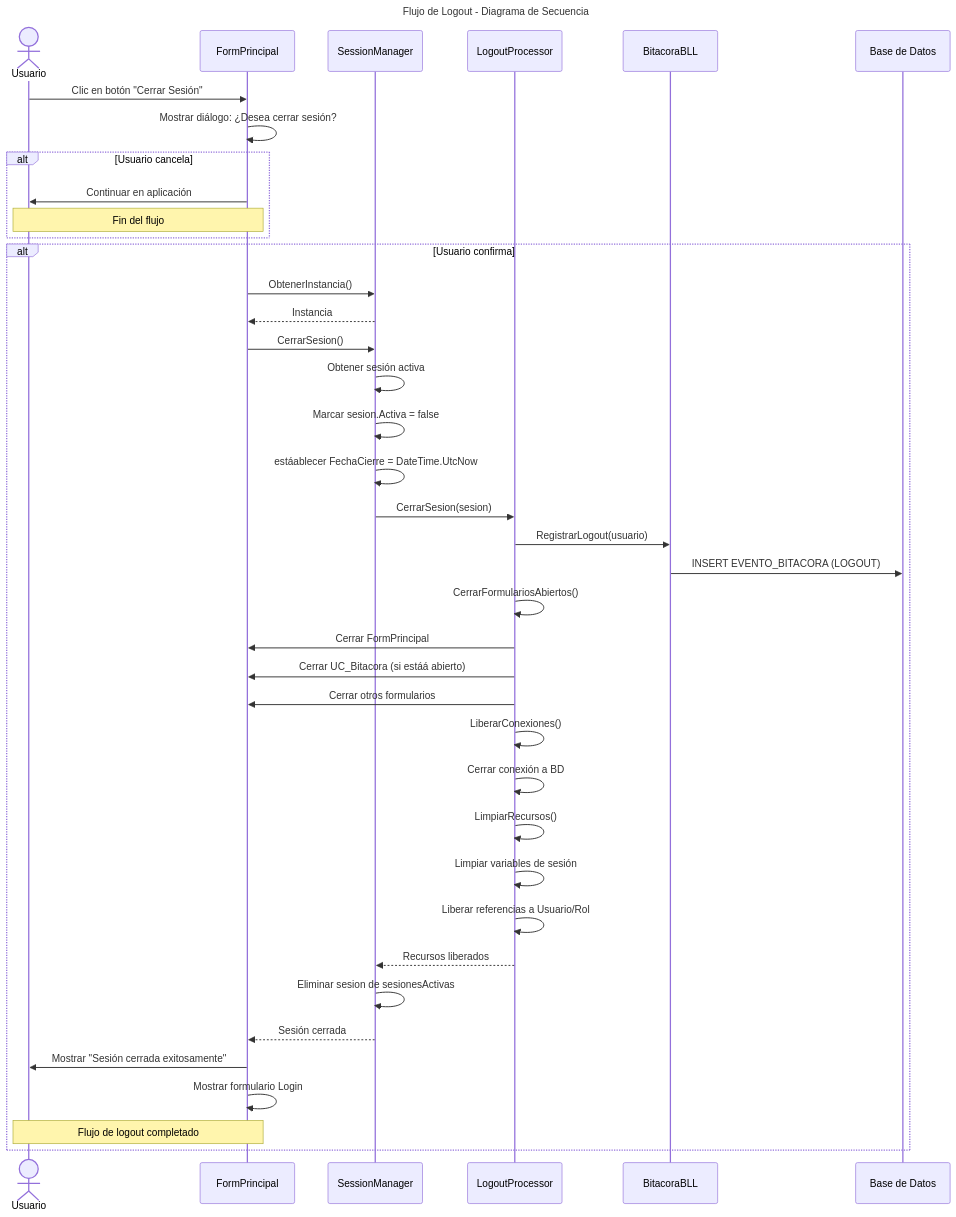
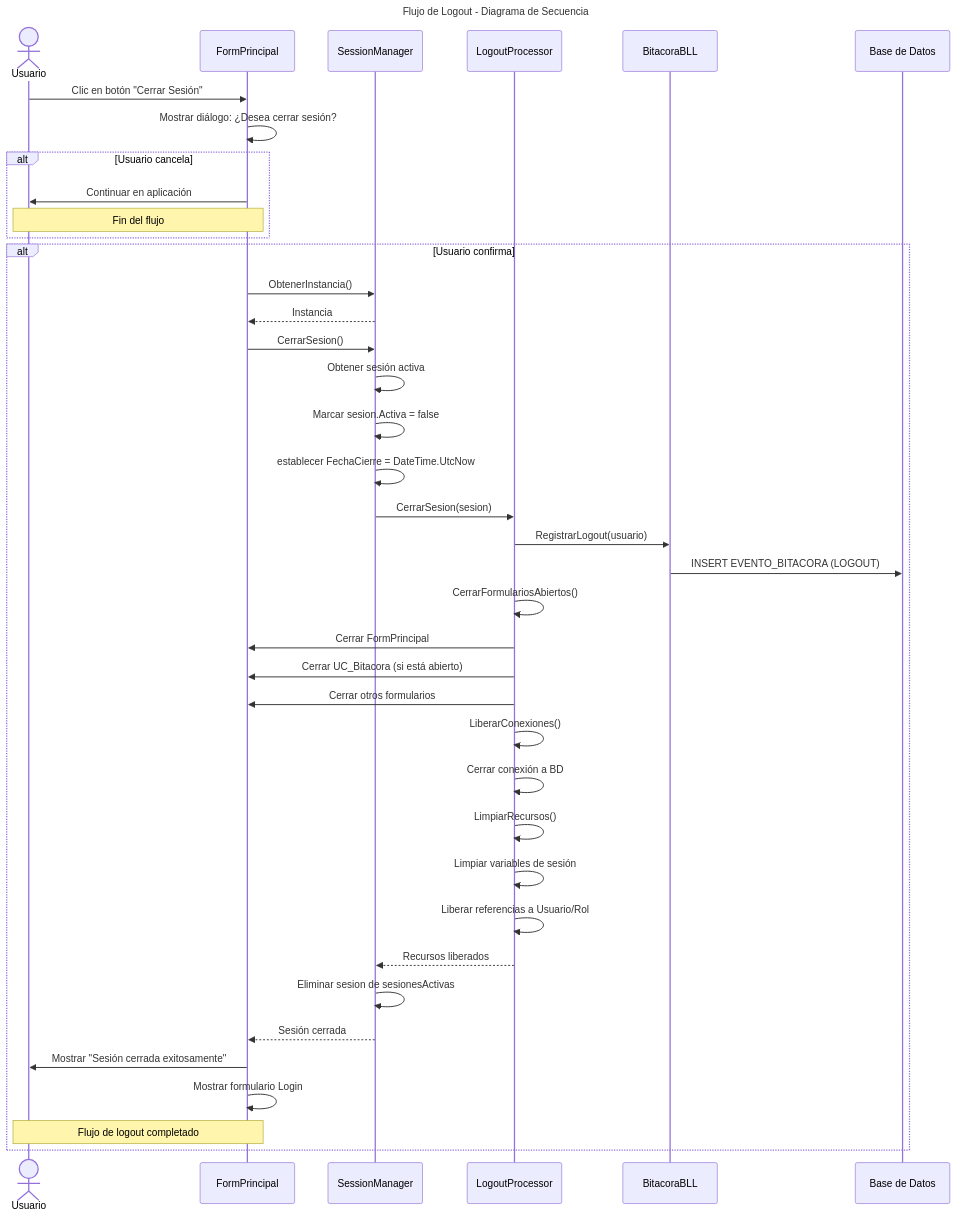
Before and after one commit to condenl/Trabajo-Practico-Final: the eighth of 14 diagrams in Documentacion/Carpeta_Documentacion.md, drawn with Mermaid. The commit also changed other lines of this file and 32 other files, not shown here.

````diff
--- a/Documentacion/Carpeta_Documentacion.md
+++ b/Documentacion/Carpeta_Documentacion.md
@@ -1894,60 +1894,60 @@
 ```mermaid
 ---
 title: Flujo de Logout - Diagrama de Secuencia
 config:
     theme: default
 ---
 sequenceDiagram
     actor Usuario
     participant UI as FormPrincipal
     participant SessionMgr as SessionManager
     participant LogoutProc as LogoutProcessor
     participant BitaBLL as BitacoraBLL
     participant BD as Base de Datos
 
     Usuario->>UI: Clic en botón "Cerrar Sesión"
     UI->>UI: Mostrar diálogo: ¿Desea cerrar sesión?
 
     alt Usuario cancela
         UI->>Usuario: Continuar en aplicación
         Note over Usuario,UI: Fin del flujo
     end
 
     alt Usuario confirma
         UI->>SessionMgr: ObtenerInstancia()
         SessionMgr-->>UI: Instancia
 
         UI->>SessionMgr: CerrarSesion()
 
         SessionMgr->>SessionMgr: Obtener sesión activa
 
         SessionMgr->>SessionMgr: Marcar sesion.Activa = false
-        SessionMgr->>SessionMgr: estáablecer FechaCierre = DateTime.UtcNow
+        SessionMgr->>SessionMgr: establecer FechaCierre = DateTime.UtcNow
 
         SessionMgr->>LogoutProc: CerrarSesion(sesion)
 
         LogoutProc->>BitaBLL: RegistrarLogout(usuario)
         BitaBLL->>BD: INSERT EVENTO_BITACORA (LOGOUT)
 
         LogoutProc->>LogoutProc: CerrarFormulariosAbiertos()
         LogoutProc->>UI: Cerrar FormPrincipal
-        LogoutProc->>UI: Cerrar UC_Bitacora (si estáá abierto)
+        LogoutProc->>UI: Cerrar UC_Bitacora (si está abierto)
         LogoutProc->>UI: Cerrar otros formularios
 
         LogoutProc->>LogoutProc: LiberarConexiones()
         LogoutProc->>LogoutProc: Cerrar conexión a BD
 
         LogoutProc->>LogoutProc: LimpiarRecursos()
         LogoutProc->>LogoutProc: Limpiar variables de sesión
         LogoutProc->>LogoutProc: Liberar referencias a Usuario/Rol
 
         LogoutProc-->>SessionMgr: Recursos liberados
 
         SessionMgr->>SessionMgr: Eliminar sesion de sesionesActivas
         SessionMgr-->>UI: Sesión cerrada
 
         UI->>Usuario: Mostrar "Sesión cerrada exitosamente"
         UI->>UI: Mostrar formulario Login
         Note over Usuario,UI: Flujo de logout completado
     end
 ```
````
